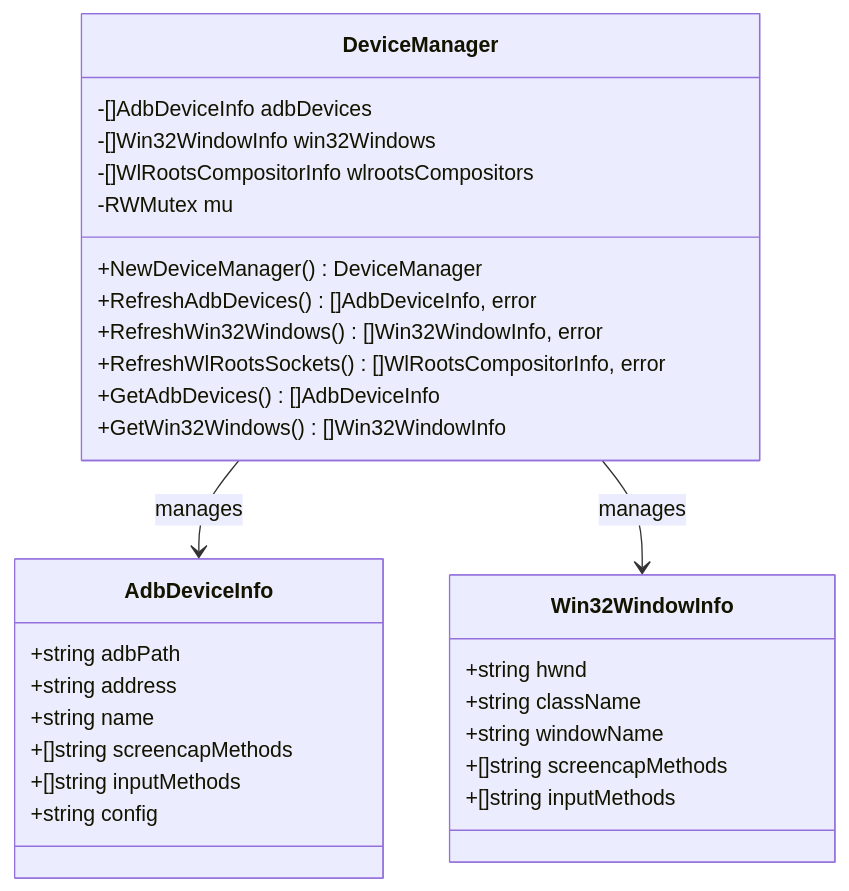
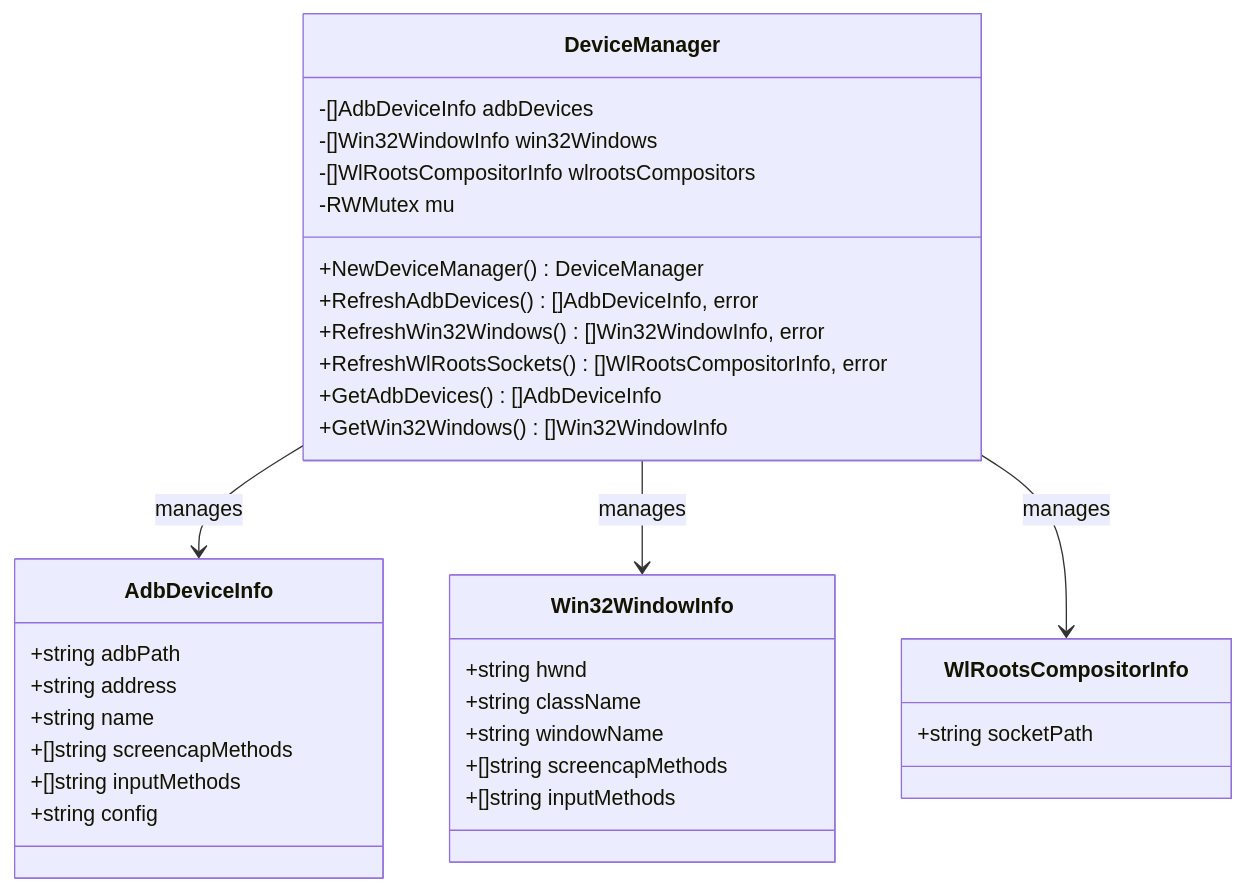
The third of 10 diagrams in .qoder/repowiki/zh/content/Device Manager.md (kqcoxn/MaaPipelineEditor), drawn with Mermaid before and after one commit. The commit also changed other lines of this file and 31 other files, not shown here.

````diff
--- a/.qoder/repowiki/zh/content/Device Manager.md
+++ b/.qoder/repowiki/zh/content/Device Manager.md
@@ -196,32 +205,36 @@
 ```mermaid
 classDiagram
 class DeviceManager {
 -[]AdbDeviceInfo adbDevices
 -[]Win32WindowInfo win32Windows
 -[]WlRootsCompositorInfo wlrootsCompositors
 -RWMutex mu
 +NewDeviceManager() DeviceManager
 +RefreshAdbDevices() []AdbDeviceInfo, error
 +RefreshWin32Windows() []Win32WindowInfo, error
 +RefreshWlRootsSockets() []WlRootsCompositorInfo, error
 +GetAdbDevices() []AdbDeviceInfo
 +GetWin32Windows() []Win32WindowInfo
 }
 class AdbDeviceInfo {
 +string adbPath
 +string address
 +string name
 +[]string screencapMethods
 +[]string inputMethods
 +string config
 }
 class Win32WindowInfo {
 +string hwnd
 +string className
 +string windowName
 +[]string screencapMethods
 +[]string inputMethods
 }
+class WlRootsCompositorInfo {
++string socketPath
+}
 DeviceManager --> AdbDeviceInfo : manages
 DeviceManager --> Win32WindowInfo : manages
+DeviceManager --> WlRootsCompositorInfo : manages
 ```
````
